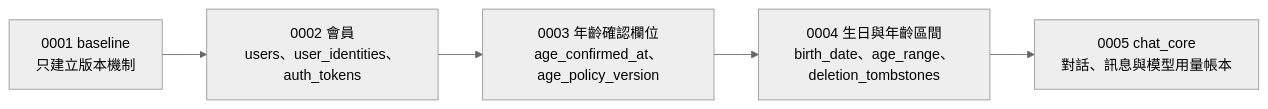
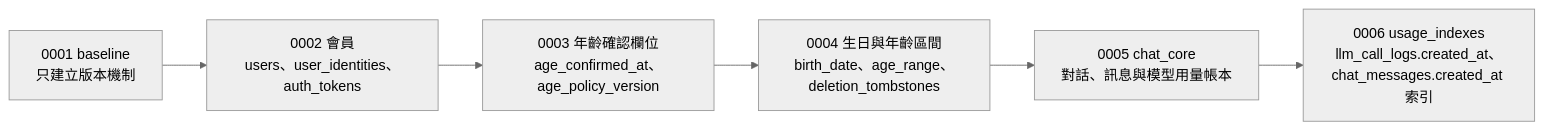
The second of 3 diagrams in docs/資料模型-data-model.md (pp466pp466/R.A.C), drawn with Mermaid (neutral theme) before and after one commit. The commit also changed other lines of this file and 60 other files, not shown here.

````diff
--- a/docs/資料模型-data-model.md
+++ b/docs/資料模型-data-model.md
@@ -123,7 +124,8 @@
 ```mermaid
 flowchart LR
     M1["0001 baseline<br/>只建立版本機制"] --> M2["0002 會員<br/>users、user_identities、auth_tokens"]
     M2 --> M3["0003 年齡確認欄位<br/>age_confirmed_at、age_policy_version"]
     M3 --> M4["0004 生日與年齡區間<br/>birth_date、age_range、deletion_tombstones"]
     M4 --> M5["0005 chat_core<br/>對話、訊息與模型用量帳本"]
+    M5 --> M6["0006 usage_indexes<br/>llm_call_logs.created_at、chat_messages.created_at 索引"]
 ```
````
